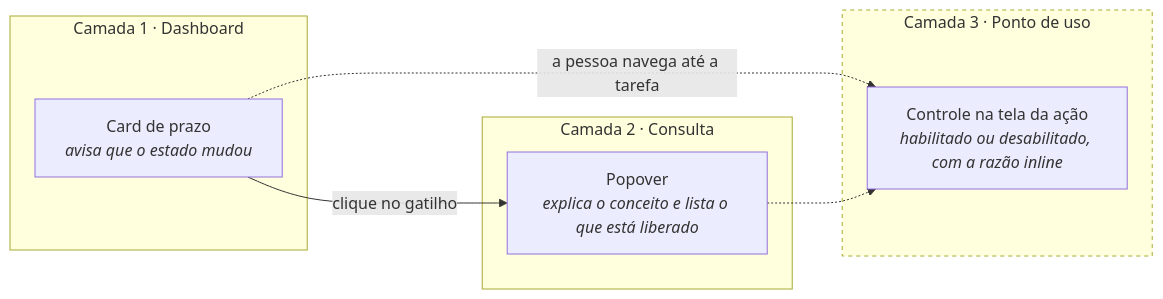
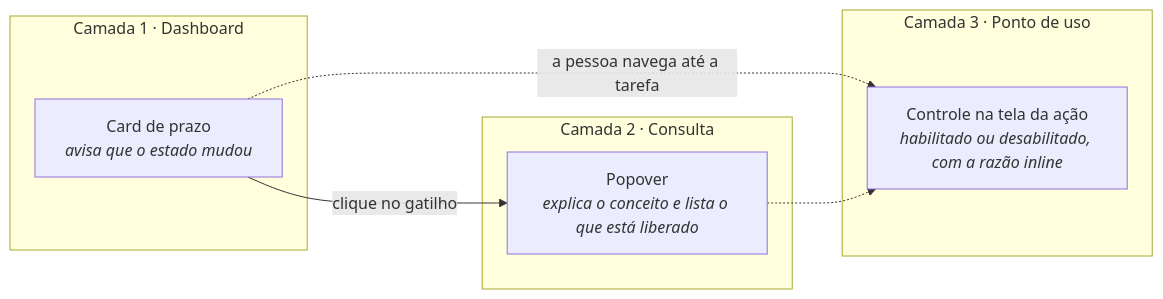
One commit to brunomarques-ux/reciclagoias changed the second of 2 diagrams in docs/sistema/JUSTIFICATIVA-DASHBOARD-GESTORA.md. Above: the diagram before and after it, drawn with Mermaid. The commit also changed other lines of this file, not shown here.

````diff
--- a/docs/sistema/JUSTIFICATIVA-DASHBOARD-GESTORA.md
+++ b/docs/sistema/JUSTIFICATIVA-DASHBOARD-GESTORA.md
@@ -164,17 +172,15 @@
 ```mermaid
 flowchart LR
     subgraph C1["Camada 1 · Dashboard"]
         A["Card de prazo<br/><i>avisa que o estado mudou</i>"]
     end
     subgraph C2["Camada 2 · Consulta"]
         B["Popover<br/><i>explica o conceito e lista o que está liberado</i>"]
     end
     subgraph C3["Camada 3 · Ponto de uso"]
         D["Controle na tela da ação<br/><i>habilitado ou desabilitado, com a razão inline</i>"]
     end
     A -->|clique no gatilho| B
     A -.->|"a pessoa navega até a tarefa"| D
     B -.-> D
-
-    style C3 stroke-dasharray: 4 4
 ```
````
